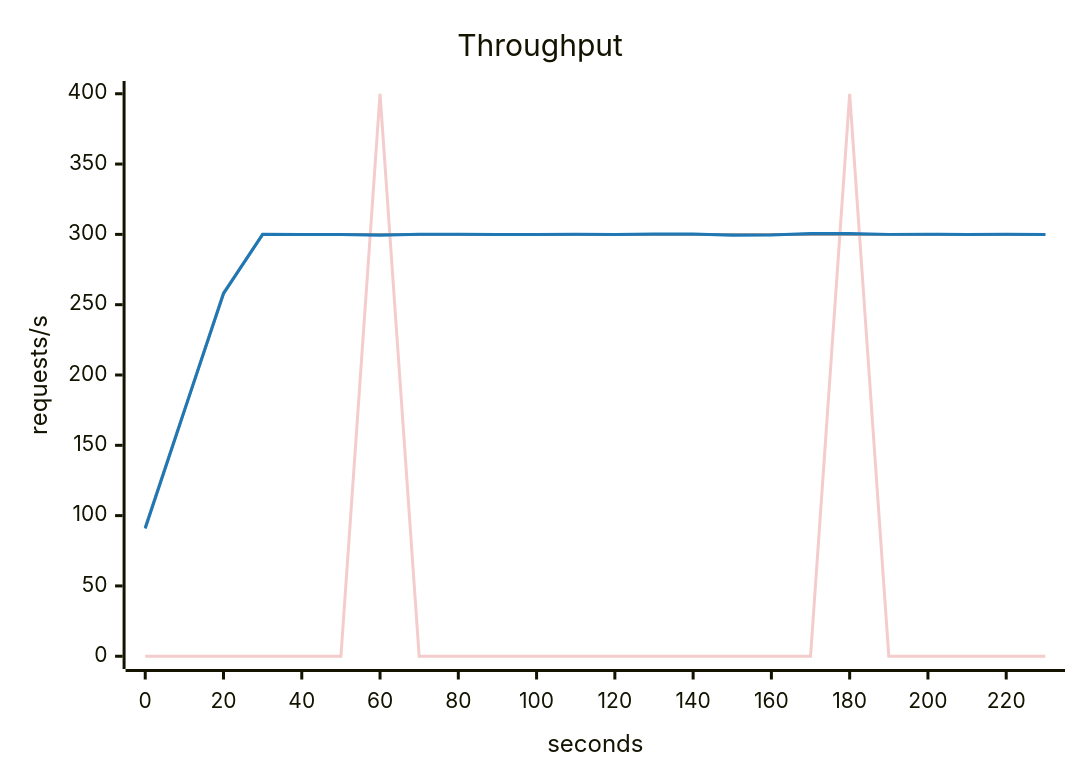
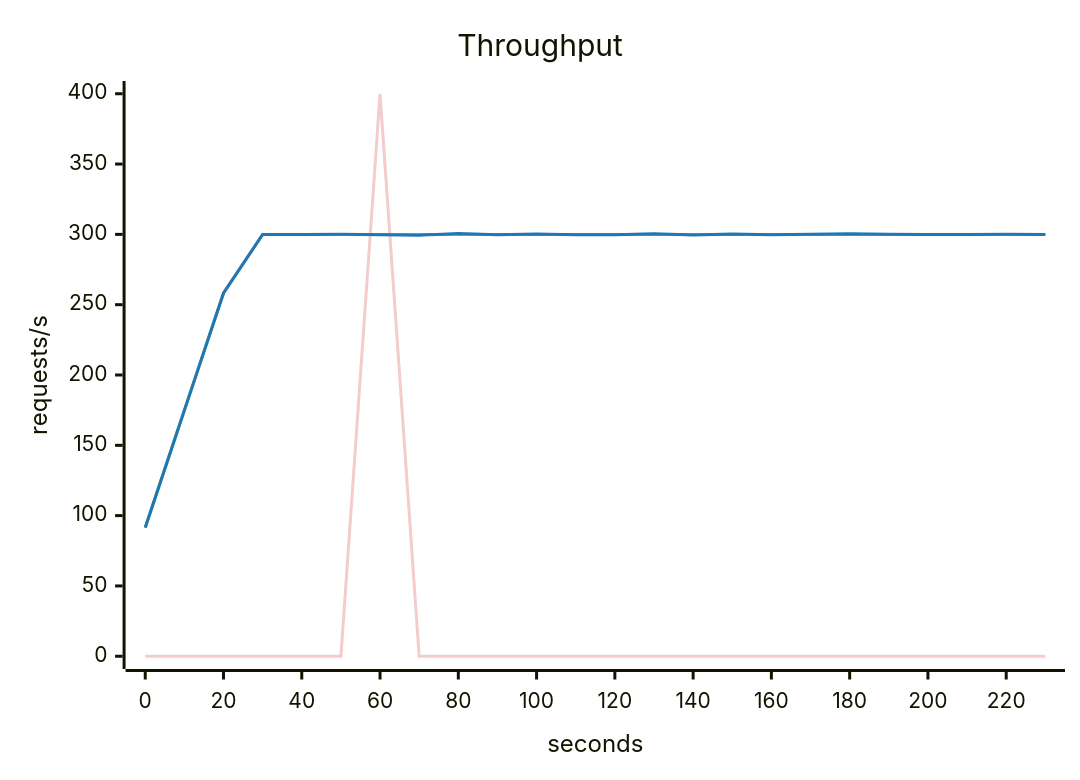
Before and after one commit to akinfemi/load-lore: the second of 5 diagrams in scenarios/flaky-network/solutions/timeout-for-the-tail/report.md, drawn with Mermaid. The commit also changed other lines of this file and 71 other files, not shown here.

````diff
--- a/scenarios/flaky-network/solutions/timeout-for-the-tail/report.md
+++ b/scenarios/flaky-network/solutions/timeout-for-the-tail/report.md
@@ -36,16 +36,16 @@
 ```mermaid
 ---
 config:
   themeVariables:
     xyChart:
       backgroundColor: "transparent"
       plotColorPalette: "#f4cccc, #9e9e9e, #1f77b4"
 ---
 xychart-beta
     title "Throughput"
     x-axis "seconds" 0 --> 230
     y-axis "requests/s" 0 --> 400
-    line [0, 0, 0, 0, 0, 0, 400, 0, 0, 0, 0, 0, 0, 0, 0, 0, 0, 0, 400, 0, 0, 0, 0, 0]
+    line [0, 0, 0, 0, 0, 0, 400, 0, 0, 0, 0, 0, 0, 0, 0, 0, 0, 0, 0, 0, 0, 0, 0, 0]
     line [91.667, 175, 258.333, 300, 300, 300, 300, 300, 300, 300, 300, 300, 300, 300, 300, 300, 300, 300, 300, 300, 300, 300, 300, 300]
-    line [90.837, 174.484, 257.81, 300, 299.999, 299.971, 299.398, 300.127, 300.123, 299.882, 299.899, 300.069, 299.832, 300.272, 300.321, 299.382, 299.541, 300.597, 300.558, 300, 300.001, 299.999, 300.03, 299.995]
+    line [91.433, 174.855, 258.142, 300, 300, 300.03, 299.772, 299.459, 300.556, 299.682, 300.2, 299.762, 299.779, 300.527, 299.532, 300.326, 299.779, 300.145, 300.452, 300.03, 299.999, 299.972, 300.03, 299.962]
 ```
````
